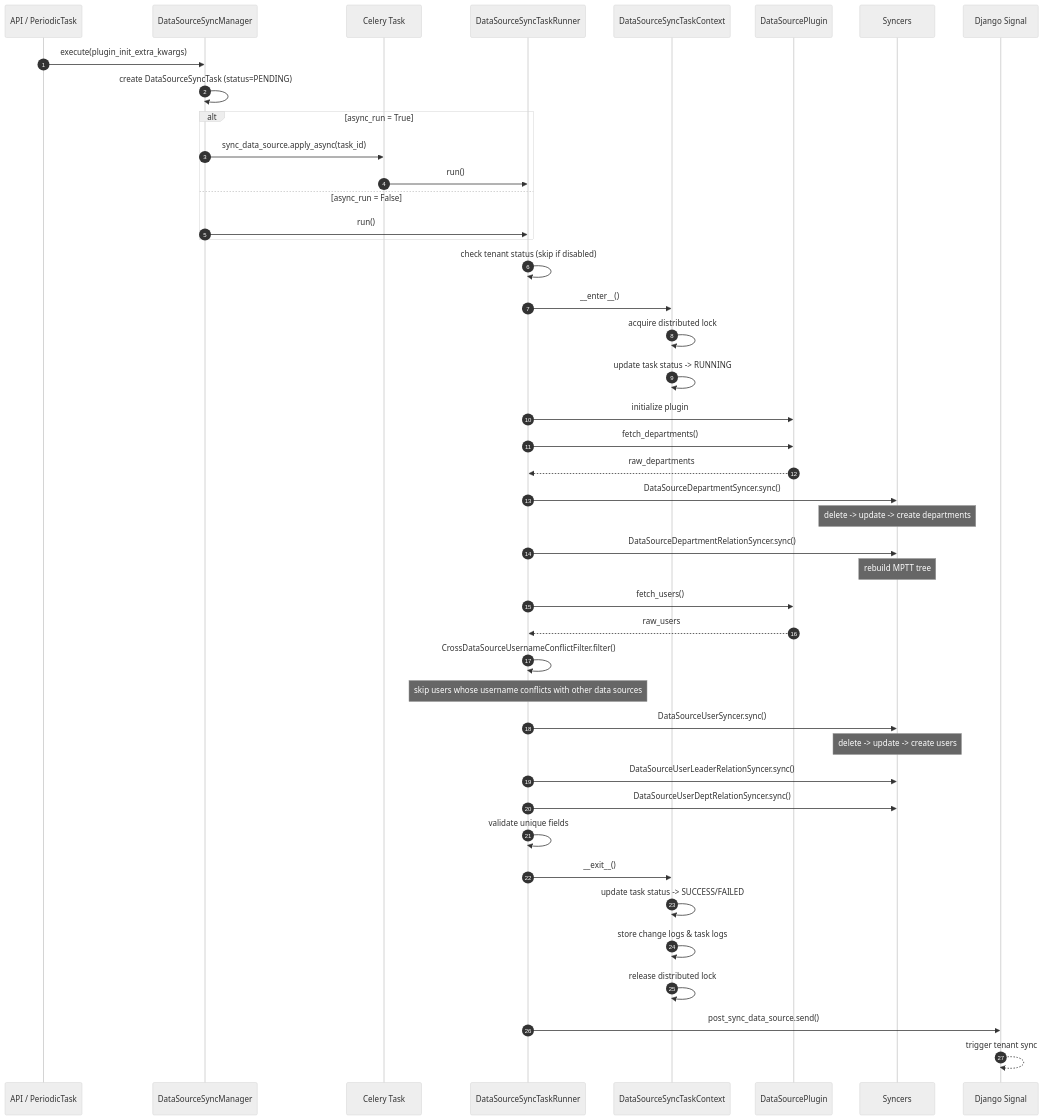
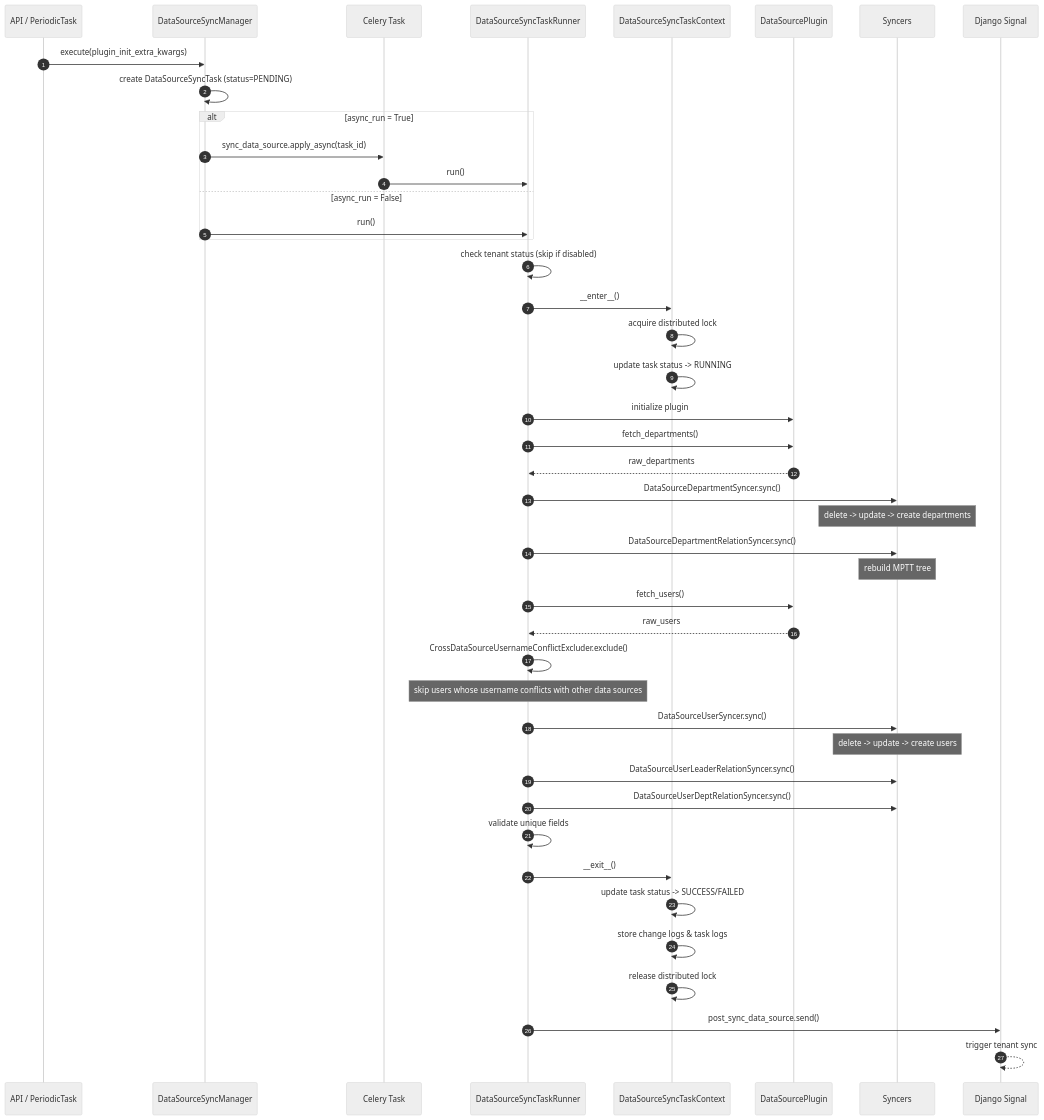
Before and after one commit to TencentBlueKing/bk-user: the first of 3 diagrams in src/bk-user/bkuser/apps/sync/README.md, drawn with Mermaid (neutral theme). The commit also changed other lines of this file and 3 other files, not shown here.

Commit message:
refactor(sync): `CrossDataSourceUsernameConflictFilter` -> `CrossDataSourceUsernameConflictExcluder`

````diff
--- a/src/bk-user/bkuser/apps/sync/README.md
+++ b/src/bk-user/bkuser/apps/sync/README.md
@@ -83,56 +83,56 @@
 ```mermaid
 sequenceDiagram
     autonumber
     participant Client as API / PeriodicTask
     participant Manager as DataSourceSyncManager
     participant Task as Celery Task
     participant Runner as DataSourceSyncTaskRunner
     participant Context as DataSourceSyncTaskContext
     participant Plugin as DataSourcePlugin
     participant Syncers as Syncers
     participant Signal as Django Signal
 
     Client->>Manager: execute(plugin_init_extra_kwargs)
     Manager->>Manager: create DataSourceSyncTask (status=PENDING)
 
     alt async_run = True
         Manager->>Task: sync_data_source.apply_async(task_id)
         Task->>Runner: run()
     else async_run = False
         Manager->>Runner: run()
     end
 
     Runner->>Runner: check tenant status (skip if disabled)
     Runner->>Context: __enter__()
     Context->>Context: acquire distributed lock
     Context->>Context: update task status -> RUNNING
 
     Runner->>Plugin: initialize plugin
     Runner->>Plugin: fetch_departments()
     Plugin-->>Runner: raw_departments
 
     Runner->>Syncers: DataSourceDepartmentSyncer.sync()
     Note over Syncers: delete -> update -> create departments
     Runner->>Syncers: DataSourceDepartmentRelationSyncer.sync()
     Note over Syncers: rebuild MPTT tree
 
     Runner->>Plugin: fetch_users()
     Plugin-->>Runner: raw_users
 
-    Runner->>Runner: CrossDataSourceUsernameConflictFilter.filter()
+    Runner->>Runner: CrossDataSourceUsernameConflictExcluder.exclude()
     Note over Runner: skip users whose username conflicts with other data sources
     Runner->>Syncers: DataSourceUserSyncer.sync()
     Note over Syncers: delete -> update -> create users
     Runner->>Syncers: DataSourceUserLeaderRelationSyncer.sync()
     Runner->>Syncers: DataSourceUserDeptRelationSyncer.sync()
 
     Runner->>Runner: validate unique fields
 
     Runner->>Context: __exit__()
     Context->>Context: update task status -> SUCCESS/FAILED
     Context->>Context: store change logs & task logs
     Context->>Context: release distributed lock
 
     Runner->>Signal: post_sync_data_source.send()
     Signal-->>Signal: trigger tenant sync
 ```
````
